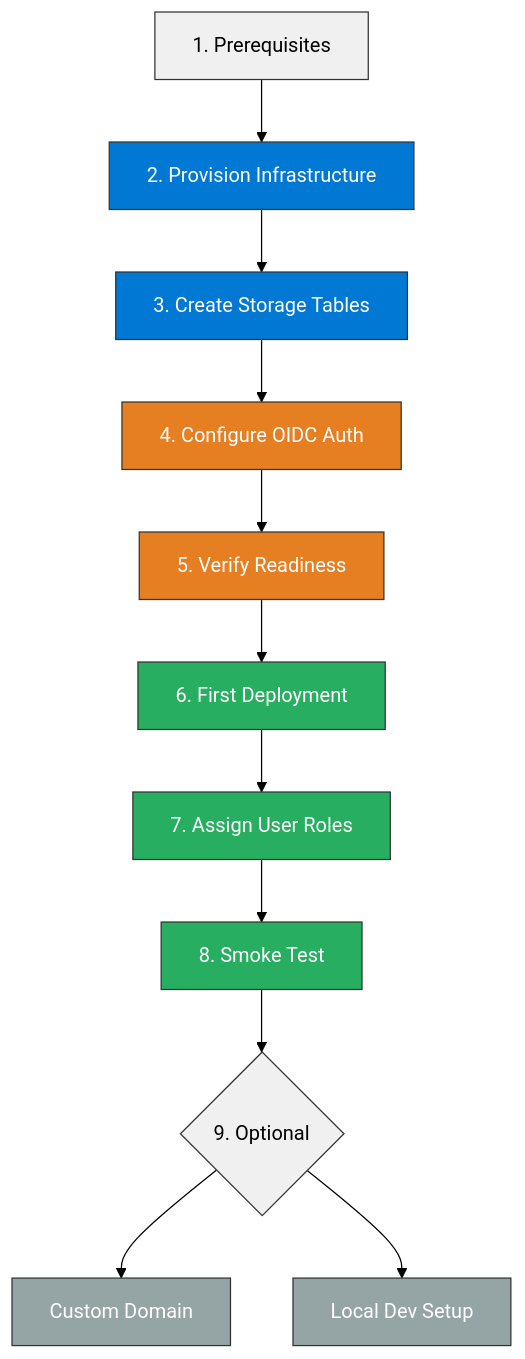
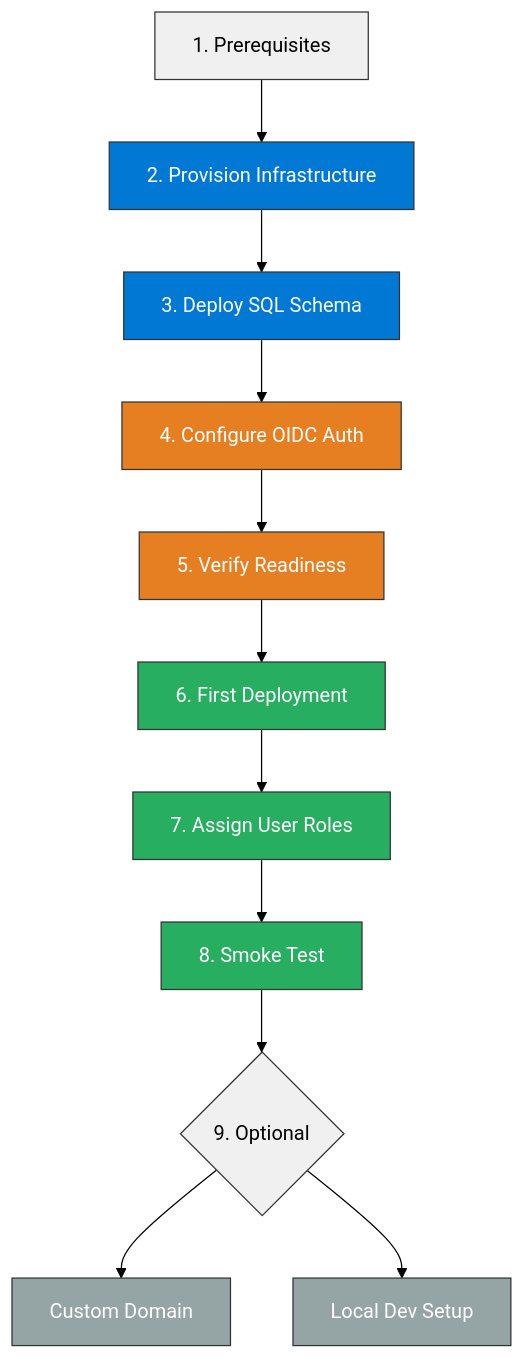
The first of 3 diagrams in docs/deployment-guide.md (jonathan-vella/hacker-board), drawn with Mermaid (forest theme) before and after one commit. The commit also changed other lines of this file and 44 other files, not shown here.

````diff
--- a/docs/deployment-guide.md
+++ b/docs/deployment-guide.md
@@ -12,25 +13,25 @@
 ```mermaid
 graph TD
     A[1. Prerequisites] --> B[2. Provision Infrastructure]
-    B --> C[3. Create Storage Tables]
+    B --> C[3. Deploy SQL Schema]
     C --> D[4. Configure OIDC Auth]
     D --> E[5. Verify Readiness]
     E --> F[6. First Deployment]
     F --> G[7. Assign User Roles]
     G --> H[8. Smoke Test]
     H --> I{9. Optional}
     I --> J[Custom Domain]
     I --> K[Local Dev Setup]
 
     style A fill:#f0f0f0,stroke:#333
     style B fill:#0078D4,stroke:#333,color:#fff
     style C fill:#0078D4,stroke:#333,color:#fff
     style D fill:#e67e22,stroke:#333,color:#fff
     style E fill:#e67e22,stroke:#333,color:#fff
     style F fill:#27ae60,stroke:#333,color:#fff
     style G fill:#27ae60,stroke:#333,color:#fff
     style H fill:#27ae60,stroke:#333,color:#fff
     style I fill:#f0f0f0,stroke:#333
     style J fill:#95a5a6,stroke:#333,color:#fff
     style K fill:#95a5a6,stroke:#333,color:#fff
 ```
````
